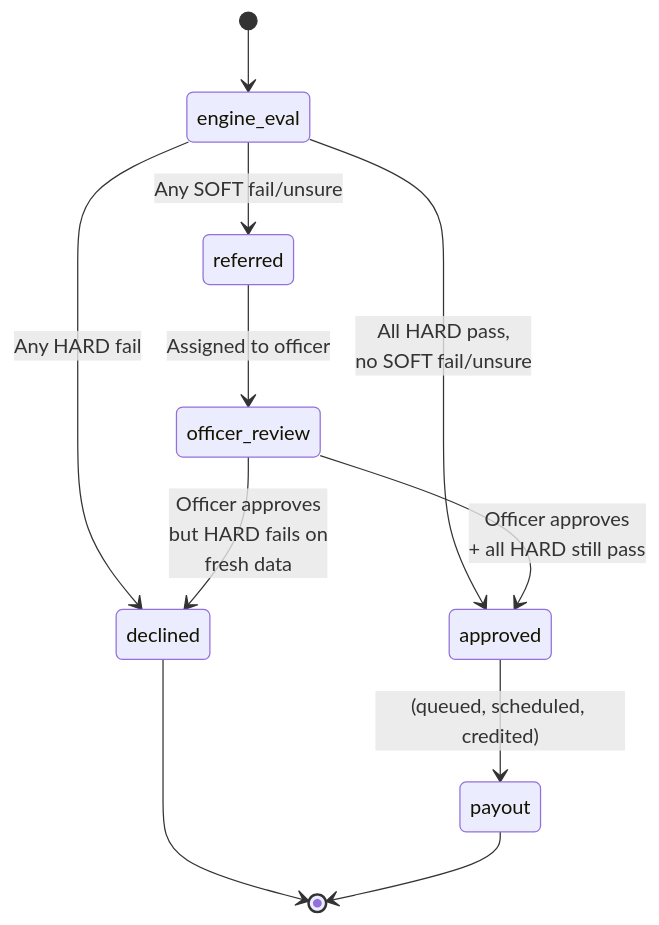
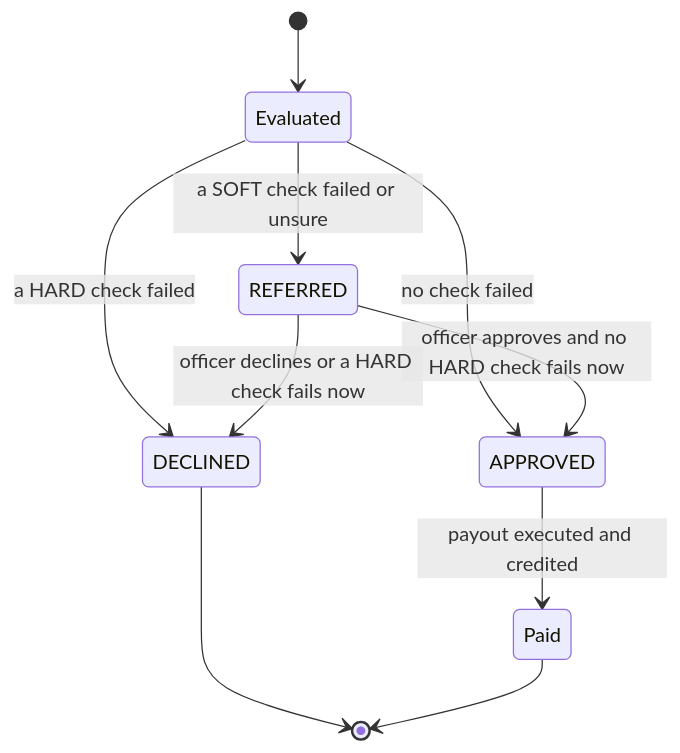
One commit to UjjwalPardeshi/Chhatri changed the second of 2 diagrams in docs/02-product/feature-specs/fs-09-policy-engine-and-audit.md. Above: the diagram before and after it, drawn with Mermaid. The commit also changed other lines of this file and 57 other files, not shown here.

````diff
--- a/docs/02-product/feature-specs/fs-09-policy-engine-and-audit.md
+++ b/docs/02-product/feature-specs/fs-09-policy-engine-and-audit.md
@@ -139,16 +124,12 @@
 ```mermaid
 stateDiagram-v2
-  [*] --> engine_eval
-  
-  engine_eval --> approved: All HARD pass,<br/>no SOFT fail/unsure
-  engine_eval --> declined: Any HARD fail
-  engine_eval --> referred: Any SOFT fail/unsure
-  
-  referred --> officer_review: Assigned to officer
-  officer_review --> approved: Officer approves<br/>+ all HARD still pass
-  officer_review --> declined: Officer approves<br/>but HARD fails on<br/>fresh data
-  
-  approved --> payout: (queued, scheduled, credited)
-  declined --> [*]
-  payout --> [*]
+  [*] --> Evaluated
+  Evaluated --> APPROVED : no check failed
+  Evaluated --> DECLINED : a HARD check failed
+  Evaluated --> REFERRED : a SOFT check failed or unsure
+  REFERRED --> APPROVED : officer approves and no HARD check fails now
+  REFERRED --> DECLINED : officer declines or a HARD check fails now
+  APPROVED --> Paid : payout executed and credited
+  DECLINED --> [*]
+  Paid --> [*]
 ```
````
